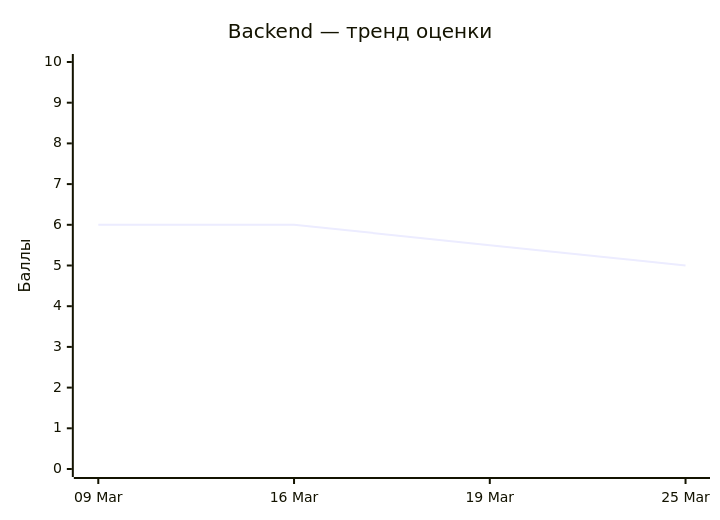
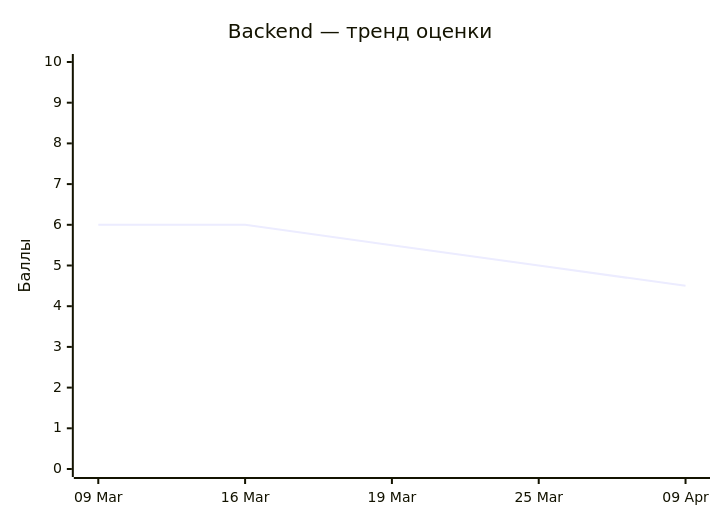
The third of 4 diagrams in CodeQualityStatus/status.md (ngKittyDebug/RS-Tandem-ngKittyDebug), drawn with Mermaid before and after one commit. The commit also changed other lines of this file and 2 other files, not shown here.

````diff
--- a/CodeQualityStatus/status.md
+++ b/CodeQualityStatus/status.md
@@ -132,7 +130,7 @@
 ```mermaid
 xychart-beta
     title "Backend — тренд оценки"
-    x-axis ["09 Mar", "16 Mar", "19 Mar", "25 Mar"]
+    x-axis ["09 Mar", "16 Mar", "19 Mar", "25 Mar", "09 Apr"]
     y-axis "Баллы" 0 --> 10
-    line [6.0, 6.0, 5.5, 5.0]
+    line [6.0, 6.0, 5.5, 5.0, 4.5]
 ```
````
